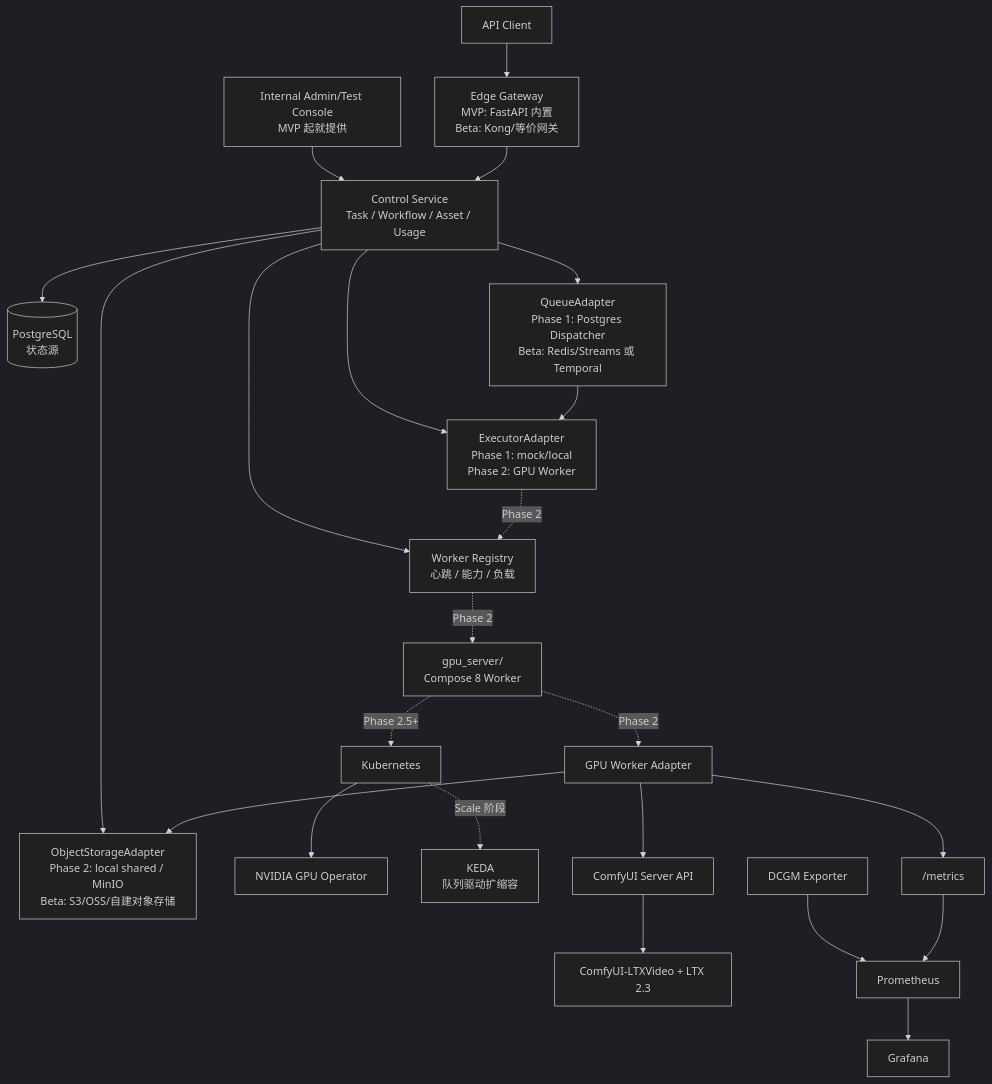
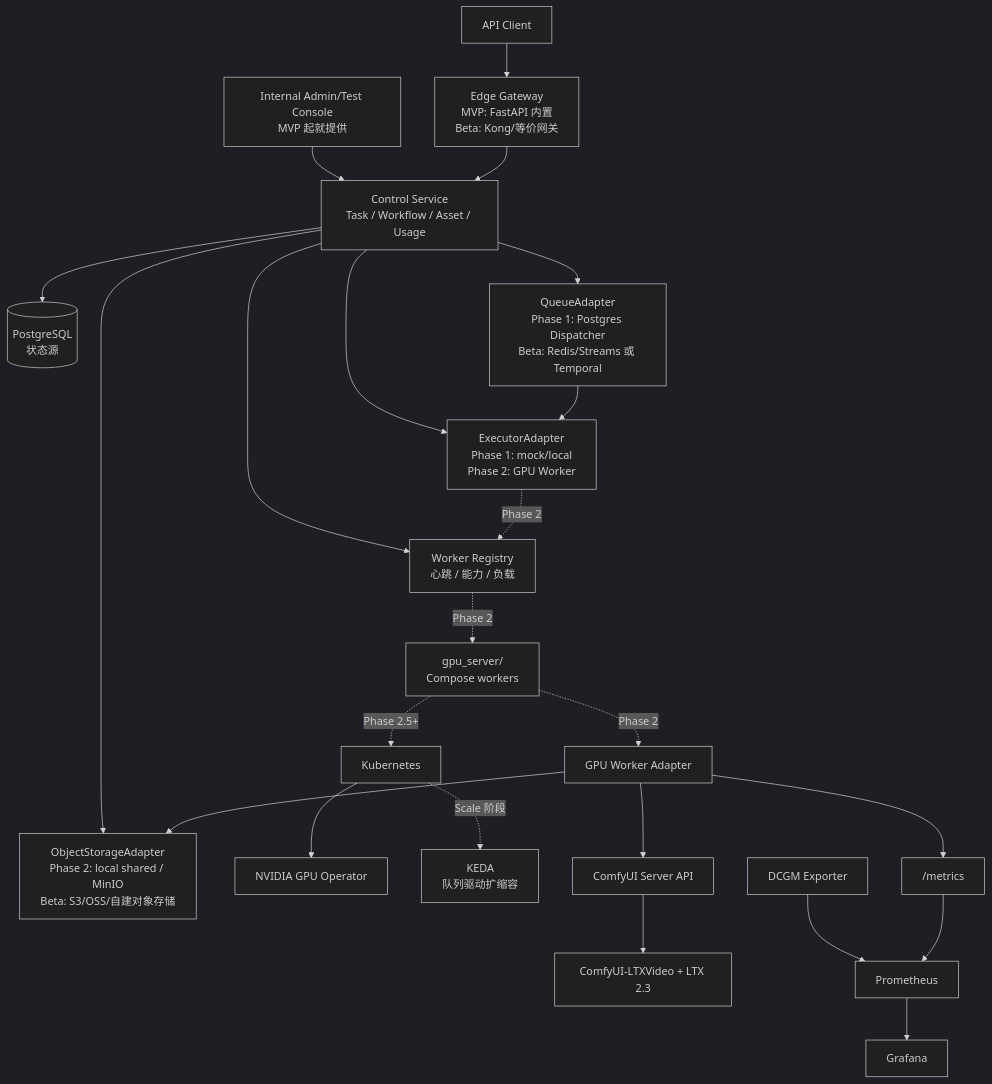
One commit to chenchiyuan/ltx changed the second of 7 diagrams in docs/iterations/ltx-video-service/architecture.md. Above: the diagram before and after it, drawn with Mermaid (dark theme). The commit also changed other lines of this file and 8 other files, not shown here.

Commit message:
Improve GPU server deployment setup

````diff
--- a/docs/iterations/ltx-video-service/architecture.md
+++ b/docs/iterations/ltx-video-service/architecture.md
@@ -224,29 +224,29 @@
 ```mermaid
 flowchart TB
   Client["API Client"] --> Edge["Edge Gateway\nMVP: FastAPI 内置\nBeta: Kong/等价网关"]
   Admin["Internal Admin/Test Console\nMVP 起就提供"] --> Control["Control Service\nTask / Workflow / Asset / Usage"]
   Edge --> Control
 
   Control --> DB[("PostgreSQL\n状态源")]
   Control --> Queue["QueueAdapter\nPhase 1: Postgres Dispatcher\nBeta: Redis/Streams 或 Temporal"]
   Control --> Exec["ExecutorAdapter\nPhase 1: mock/local\nPhase 2: GPU Worker"]
   Control --> Obj["ObjectStorageAdapter\nPhase 2: local shared / MinIO\nBeta: S3/OSS/自建对象存储"]
   Control --> Registry["Worker Registry\n心跳 / 能力 / 负载"]
 
   Queue --> Exec
   Exec -. "Phase 2" .-> Registry
-  Registry -. "Phase 2" .-> GpuServer["gpu_server/\nCompose 8 Worker"]
+  Registry -. "Phase 2" .-> GpuServer["gpu_server/\nCompose workers"]
   GpuServer -. "Phase 2.5+" .-> K8s["Kubernetes"]
   K8s --> GPUOp["NVIDIA GPU Operator"]
   K8s -. "Scale 阶段" .-> KEDA["KEDA\n队列驱动扩缩容"]
 
   GpuServer -. "Phase 2" .-> Adapter["GPU Worker Adapter"]
   Adapter --> Comfy["ComfyUI Server API"]
   Comfy --> LTX["ComfyUI-LTXVideo + LTX 2.3"]
   Adapter --> Obj
   Adapter --> Metrics["/metrics"]
 
   DCGM["DCGM Exporter"] --> Prom["Prometheus"]
   Metrics --> Prom
   Prom --> Grafana["Grafana"]
 ```
````
